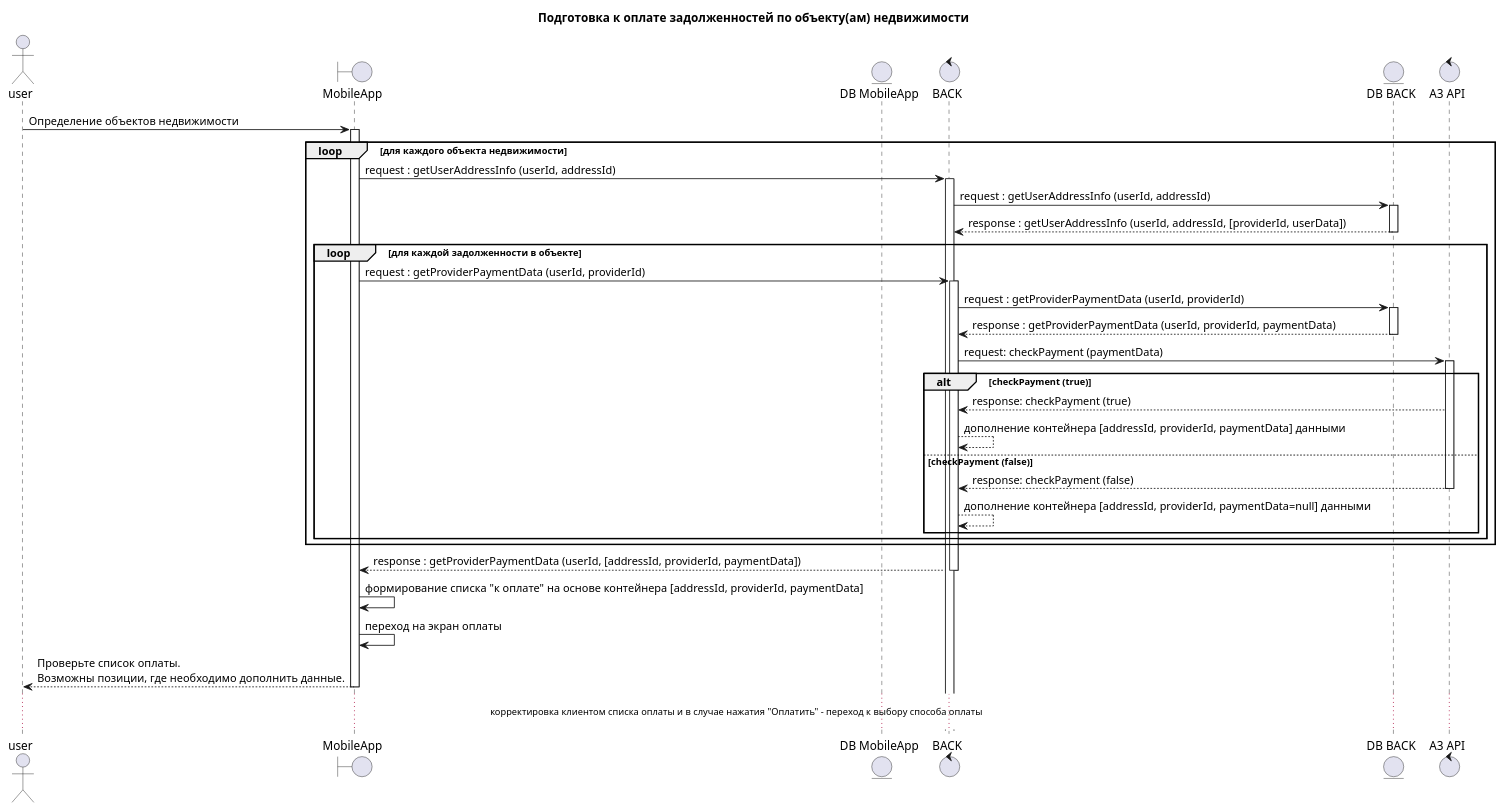
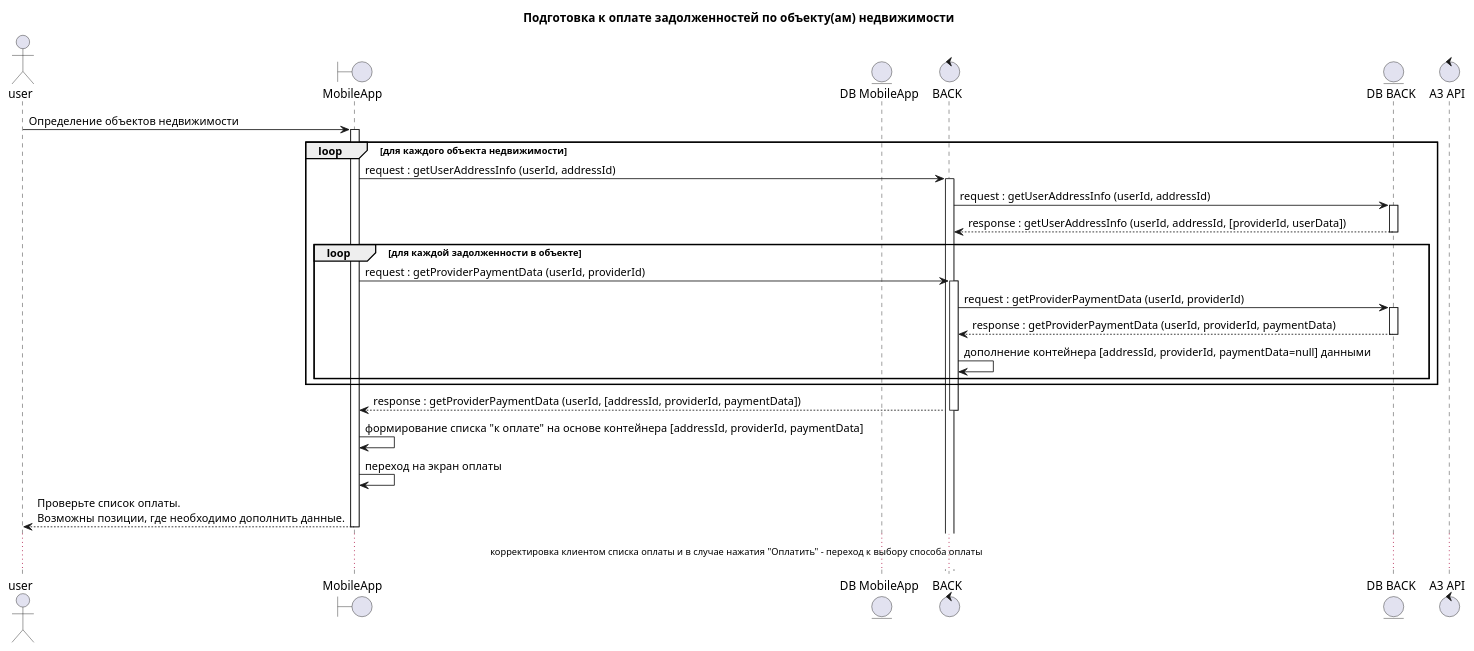
The diagram in Оплата объекта недвижимости/ОплатаОбъектаНедвижимости.pu (ArtWh0/UML-Scheme), drawn with PlantUML before and after one commit. The commit also changed 9 other files, not shown here.

Commit message:
Обновление схем

```diff
--- a/Оплата объекта недвижимости/ОплатаОбъектаНедвижимости.pu
+++ b/Оплата объекта недвижимости/ОплатаОбъектаНедвижимости.pu
@@ -1,54 +1,44 @@
 @startuml
 title "Подготовка к оплате задолженностей по объекту(ам) недвижимости"
 actor user
 boundary "MobileApp" as mobapp
 entity "DB MobileApp" as dbmob
 control "BACK" as back
 entity "DB BACK" as db
 control "A3 API" as a3
 
 user -> mobapp : Определение объектов недвижимости
 
 loop для каждого объекта недвижимости
 
 activate mobapp
     mobapp -> back : request : getUserAddressInfo (userId, addressId)
     activate back
         back -> db : request : getUserAddressInfo (userId, addressId)
         activate db
             db --> back : response : getUserAddressInfo (userId, addressId, [providerId, userData])
         deactivate db
 
 
 
 loop для каждой задолженности в объекте
 
     mobapp -> back : request : getProviderPaymentData (userId, providerId)
       activate back
           back -> db : request : getProviderPaymentData (userId, providerId)
           activate db
               db --> back : response : getProviderPaymentData (userId, providerId, paymentData)
           deactivate db
-          back -> a3 : request: checkPayment (paymentData)
-          activate a3
-alt checkPayment (true)
-              a3 --> back : response: checkPayment (true)
-          back --> back : дополнение контейнера [addressId, providerId, paymentData] данными
-else checkPayment (false)
-              a3 --> back : response: checkPayment (false)
-          deactivate a3
-
-          back --> back : дополнение контейнера [addressId, providerId, paymentData=null] данными
-end
+          back -> back : дополнение контейнера [addressId, providerId, paymentData=null] данными
 end
 end
           back --> mobapp : response : getProviderPaymentData (userId, [addressId, providerId, paymentData])
       deactivate back
       mobapp -> mobapp : формирование списка "к оплате" на основе контейнера [addressId, providerId, paymentData]
       mobapp -> mobapp : переход на экран оплаты
       mobapp --> user : Проверьте список оплаты.\nВозможны позиции, где необходимо дополнить данные.
 deactivate mobapp
 
 ...корректировка клиентом списка оплаты и в случае нажатия "Оплатить" - переход к выбору способа оплаты...
 
 @enduml
```
